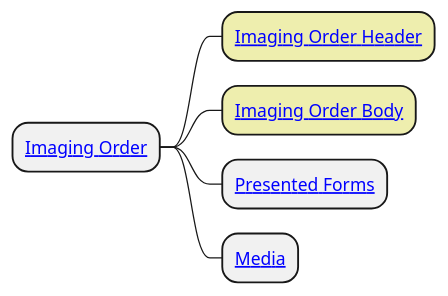
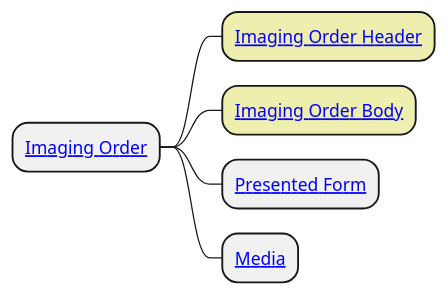
The diagram in input/images-source/imgOrder_CIM.plantuml (HL7-cz/img-order), drawn with PlantUML before and after one commit. The commit also changed 8 other files, not shown here.

```diff
--- a/input/images-source/imgOrder_CIM.plantuml
+++ b/input/images-source/imgOrder_CIM.plantuml
@@ -1,27 +1,27 @@
 @startmindmap
 skinparam topurl StructureDefinition-
 
 * [[ImagingOrderCz.html Imaging Order]]
 **[#EEEEAE] [[HeaderImagingOrder.html Imaging Order Header]]
 **[#EEEEAE] [[BodyImageOrderCz.html Imaging Order Body]]
-** [[PresentedFormCz.html Presented Forms]]
+** [[PresentedFormCz.html Presented Form]]
 ** [[MediaCz.html Media]]
 
 /'
 ** [[health-insurance-cz.html Health Insurance Provider]]
 ** [[serviceRequestCz.html Imaging Order Service Request]]
 ***_ Order identifier
 ***_ Status of a service order.
 ***_ Kind of service request.
 *** [[CoverageCz.html Associated insurance coverage]]
 *** [[specimenCz.html Sample for analysis]]
 ****_ External Identifier
 ****_ Status
 ****_ Type
 ****_ Subject
 ****_ Received Time (DateTime)
 ****_ Collection
 ****_ Processing
 ****_ Container
 '/
 @endmindmap
```
